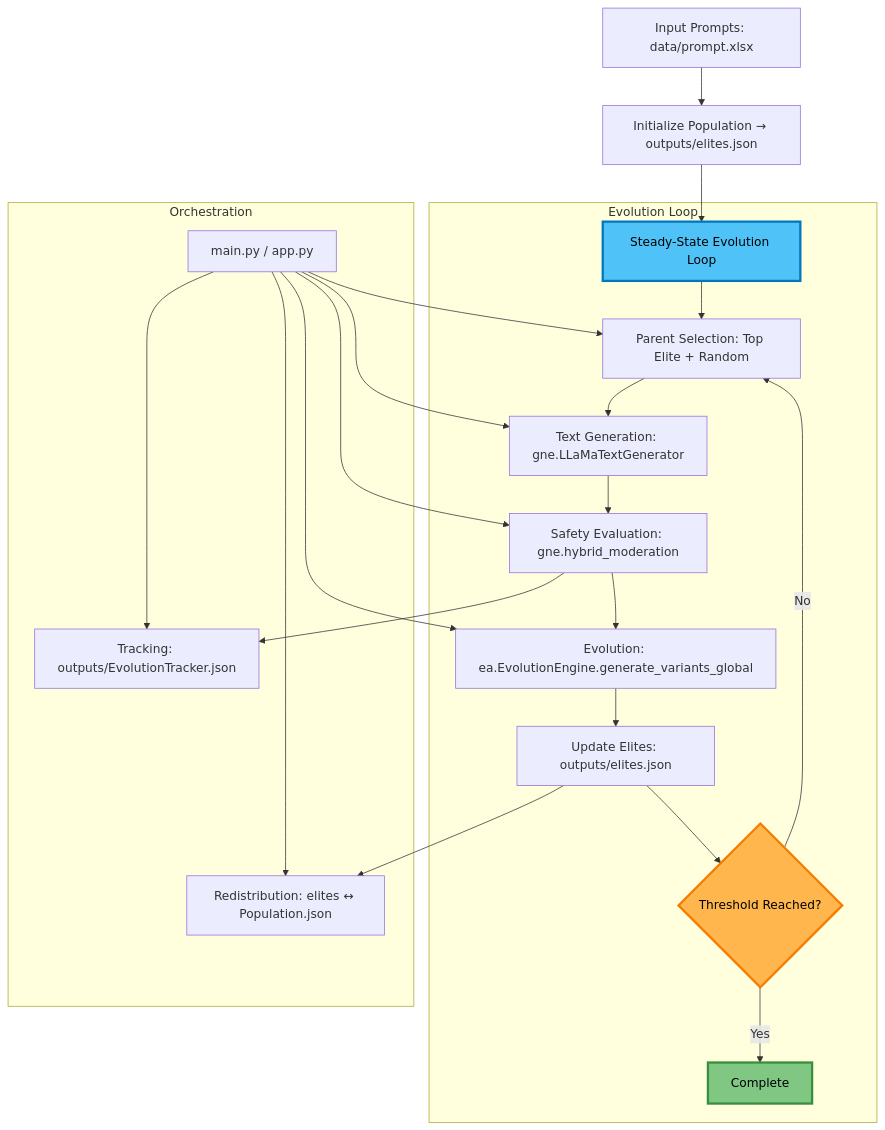
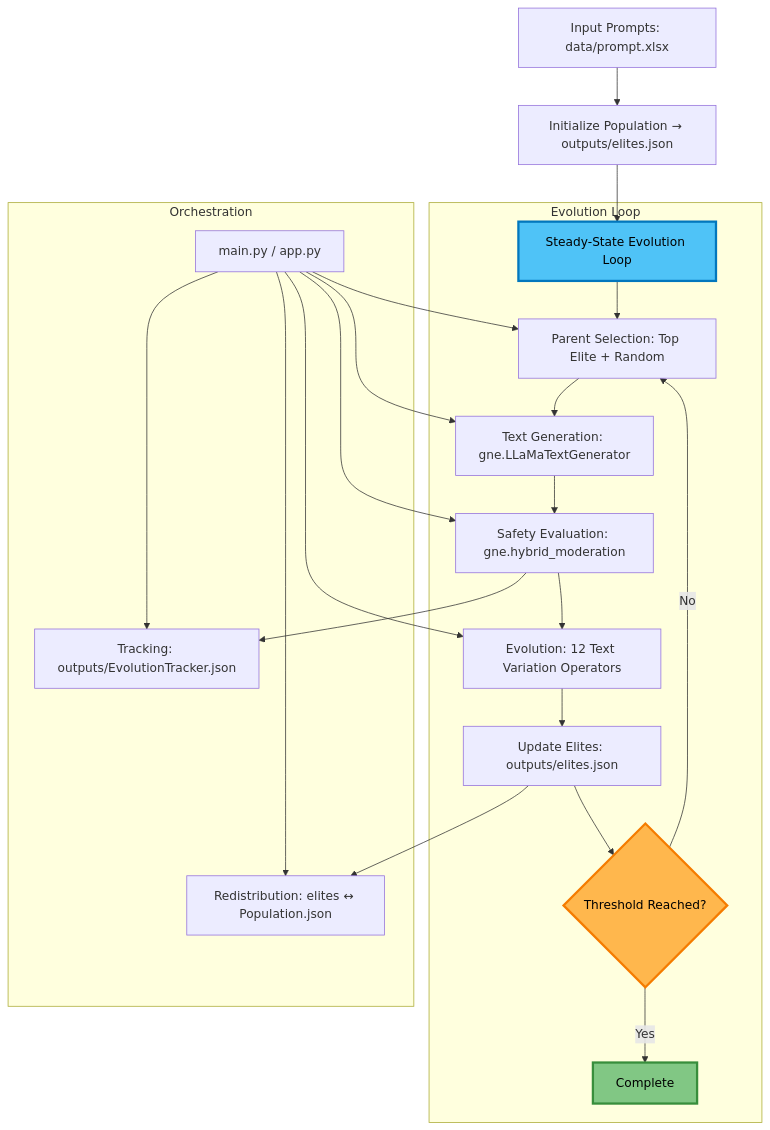
One commit to Onkar2102/ToxSearch changed the first of 9 diagrams in ARCHITECTURE.md. Above: the diagram before and after it, drawn with Mermaid. The commit also changed other lines of this file and 27 other files, not shown here.

First line of the commit message:
Refactor text variation operators

````diff
--- a/ARCHITECTURE.md
+++ b/ARCHITECTURE.md
@@ -5,33 +5,33 @@
 ```mermaid
 flowchart TD
   A[Input Prompts: data/prompt.xlsx] --> B[Initialize Population → outputs/elites.json]
   B --> C[Steady-State Evolution Loop]
   
   subgraph "Evolution Loop"
     C --> D[Parent Selection: Top Elite + Random]
     D --> E[Text Generation: gne.LLaMaTextGenerator]
     E --> F[Safety Evaluation: gne.hybrid_moderation]
-    F --> G[Evolution: ea.EvolutionEngine.generate_variants_global]
+    F --> G[Evolution: 12 Text Variation Operators]
     G --> H[Update Elites: outputs/elites.json]
     H --> I{Threshold Reached?}
     I -->|No| D
     I -->|Yes| J[Complete]
   end
   
   F --> K[Tracking: outputs/EvolutionTracker.json]
   H --> L[Redistribution: elites ↔ Population.json]
   
   subgraph "Orchestration"
     M[main.py / app.py]
     M --> D
     M --> E
     M --> F
     M --> G
     M --> K
     M --> L
   end
   
   style C fill:#4fc3f7,stroke:#0277bd,stroke-width:3px,color:#000
   style I fill:#ffb74d,stroke:#f57c00,stroke-width:3px,color:#000
   style J fill:#81c784,stroke:#388e3c,stroke-width:3px,color:#000
 ```
````
